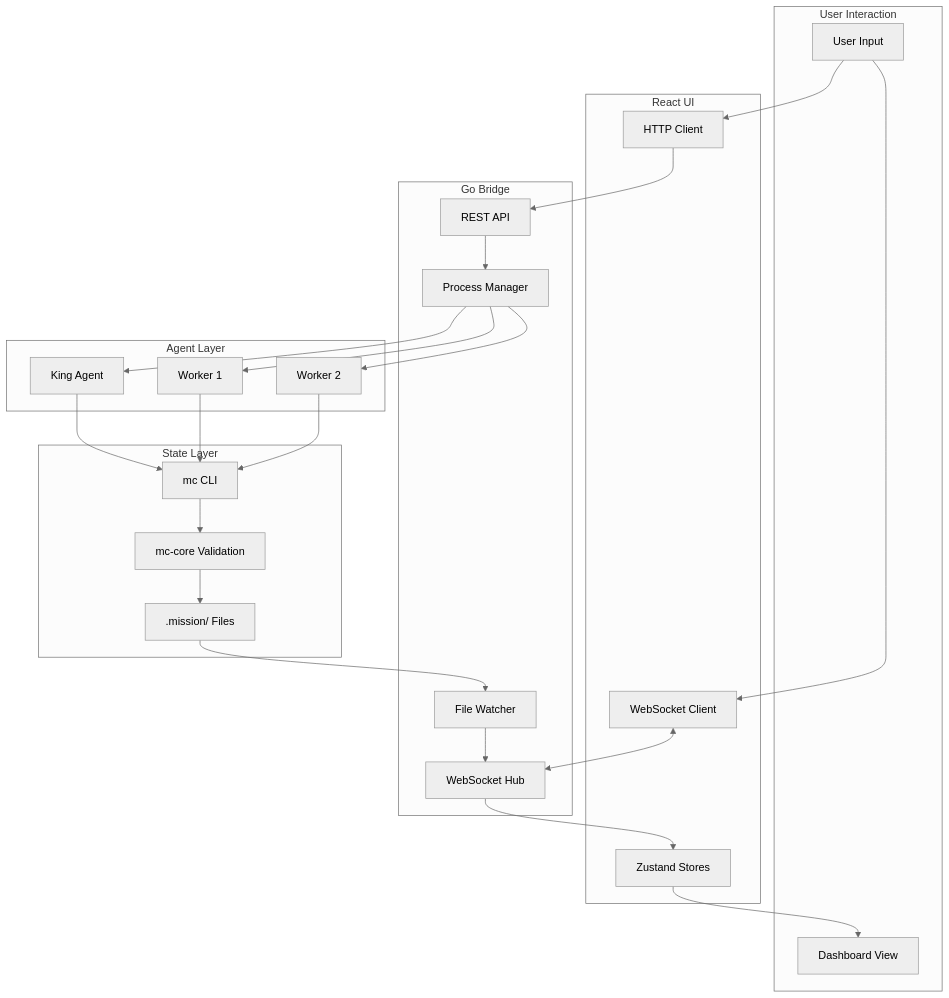
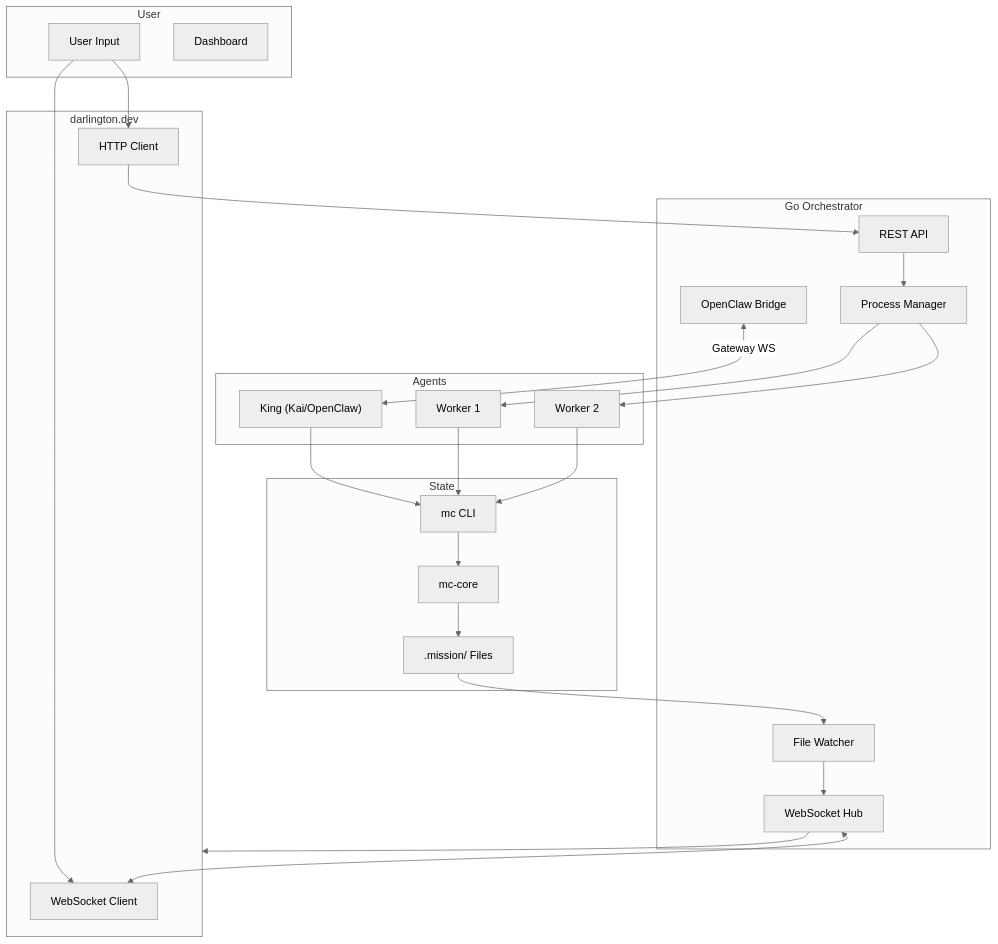
One commit to MikeSquared-Agency/MissionControl changed the first of 5 diagrams in DATAFLOWS.md. Above: the diagram before and after it, drawn with Mermaid (neutral theme). The commit also changed other lines of this file and 7 other files, not shown here.

````diff
--- a/DATAFLOWS.md
+++ b/DATAFLOWS.md
@@ -7,53 +5,43 @@
 ```mermaid
 flowchart TB
-    subgraph User["User Interaction"]
+    subgraph User["User"]
         U[User Input]
-        D[Dashboard View]
+        D[Dashboard]
     end
 
-    subgraph UI["React UI"]
+    subgraph UI["darlington.dev"]
         WS[WebSocket Client]
         HTTP[HTTP Client]
-        Store[Zustand Stores]
     end
 
-    subgraph Bridge["Go Bridge"]
+    subgraph Bridge["Go Orchestrator"]
         Hub[WebSocket Hub]
         REST[REST API]
         Watch[File Watcher]
         Proc[Process Manager]
+        OC[OpenClaw Bridge]
     end
 
-    subgraph Agents["Agent Layer"]
-        King[King Agent]
+    subgraph Agents["Agents"]
+        King["King (Kai/OpenClaw)"]
         W1[Worker 1]
         W2[Worker 2]
     end
 
-    subgraph State["State Layer"]
+    subgraph State["State"]
         FS[".mission/ Files"]
-        Core[mc-core Validation]
+        Core[mc-core]
         CLI[mc CLI]
     end
 
-    U --> HTTP
-    U --> WS
+    U --> HTTP & WS
     HTTP --> REST
     WS <--> Hub
-    Store --> D
-
+    OC <-->|Gateway WS| King
     REST --> Proc
-    Proc --> King
-    Proc --> W1
-    Proc --> W2
-
+    Proc --> W1 & W2
     King --> CLI
-    W1 --> CLI
-    W2 --> CLI
-
-    CLI --> Core
-    Core --> FS
-    FS --> Watch
-    Watch --> Hub
-    Hub --> Store
+    W1 & W2 --> CLI
+    CLI --> Core --> FS
+    FS --> Watch --> Hub --> UI
 ```
````
